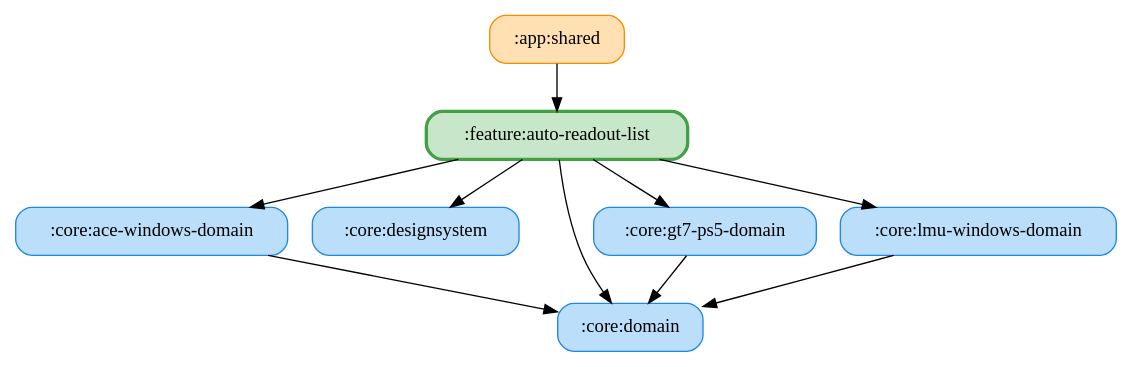
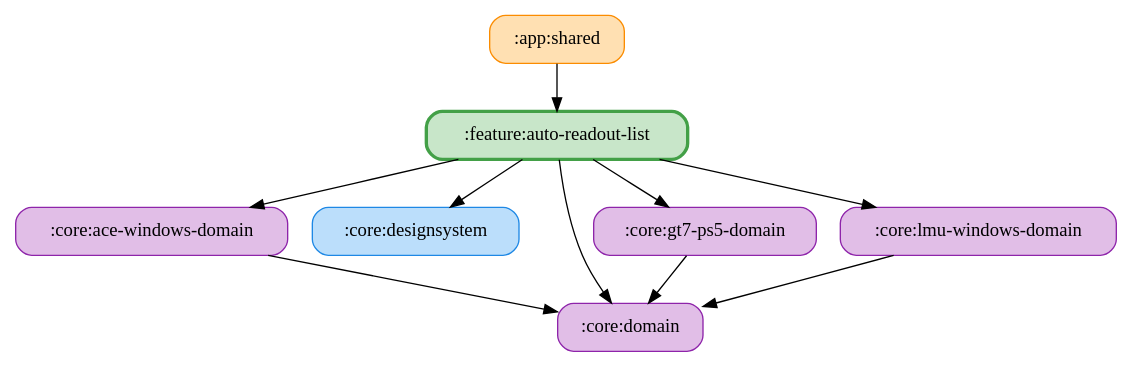
One commit to ai-kurou/KoDriver changed the diagram in docs/graphs/feature-auto-readout-list.gv. Above: the diagram before and after it, drawn with Graphviz. The commit also changed 135 other files, not shown here.

Commit message:
chore: update module graph images

```diff
--- a/docs/graphs/feature-auto-readout-list.gv
+++ b/docs/graphs/feature-auto-readout-list.gv
@@ -1,20 +1,20 @@
 digraph G {
   rankdir=TB
   node [shape=box, style="rounded,filled"]
   ":app:shared" [fillcolor="#FFE0B2", color="#FB8C00", penwidth=1]
-  ":core:ace-windows-domain" [fillcolor="#BBDEFB", color="#1E88E5", penwidth=1]
+  ":core:ace-windows-domain" [fillcolor="#E1BEE7", color="#8E24AA", penwidth=1]
   ":core:designsystem" [fillcolor="#BBDEFB", color="#1E88E5", penwidth=1]
-  ":core:domain" [fillcolor="#BBDEFB", color="#1E88E5", penwidth=1]
-  ":core:gt7-ps5-domain" [fillcolor="#BBDEFB", color="#1E88E5", penwidth=1]
-  ":core:lmu-windows-domain" [fillcolor="#BBDEFB", color="#1E88E5", penwidth=1]
+  ":core:domain" [fillcolor="#E1BEE7", color="#8E24AA", penwidth=1]
+  ":core:gt7-ps5-domain" [fillcolor="#E1BEE7", color="#8E24AA", penwidth=1]
+  ":core:lmu-windows-domain" [fillcolor="#E1BEE7", color="#8E24AA", penwidth=1]
   ":feature:auto-readout-list" [fillcolor="#C8E6C9", color="#43A047", penwidth=2.5]
   ":app:shared" -> ":feature:auto-readout-list"
   ":core:ace-windows-domain" -> ":core:domain"
   ":core:gt7-ps5-domain" -> ":core:domain"
   ":core:lmu-windows-domain" -> ":core:domain"
   ":feature:auto-readout-list" -> ":core:domain"
   ":feature:auto-readout-list" -> ":core:lmu-windows-domain"
   ":feature:auto-readout-list" -> ":core:ace-windows-domain"
   ":feature:auto-readout-list" -> ":core:gt7-ps5-domain"
   ":feature:auto-readout-list" -> ":core:designsystem"
 }
```
